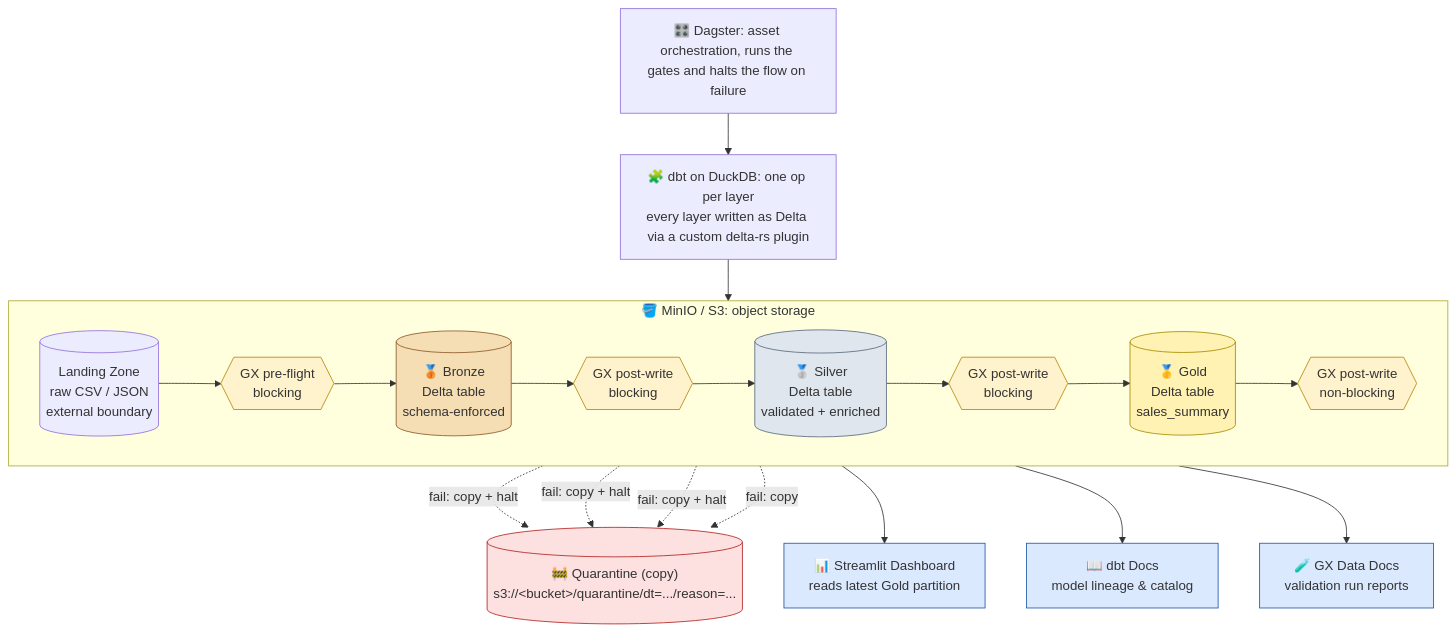
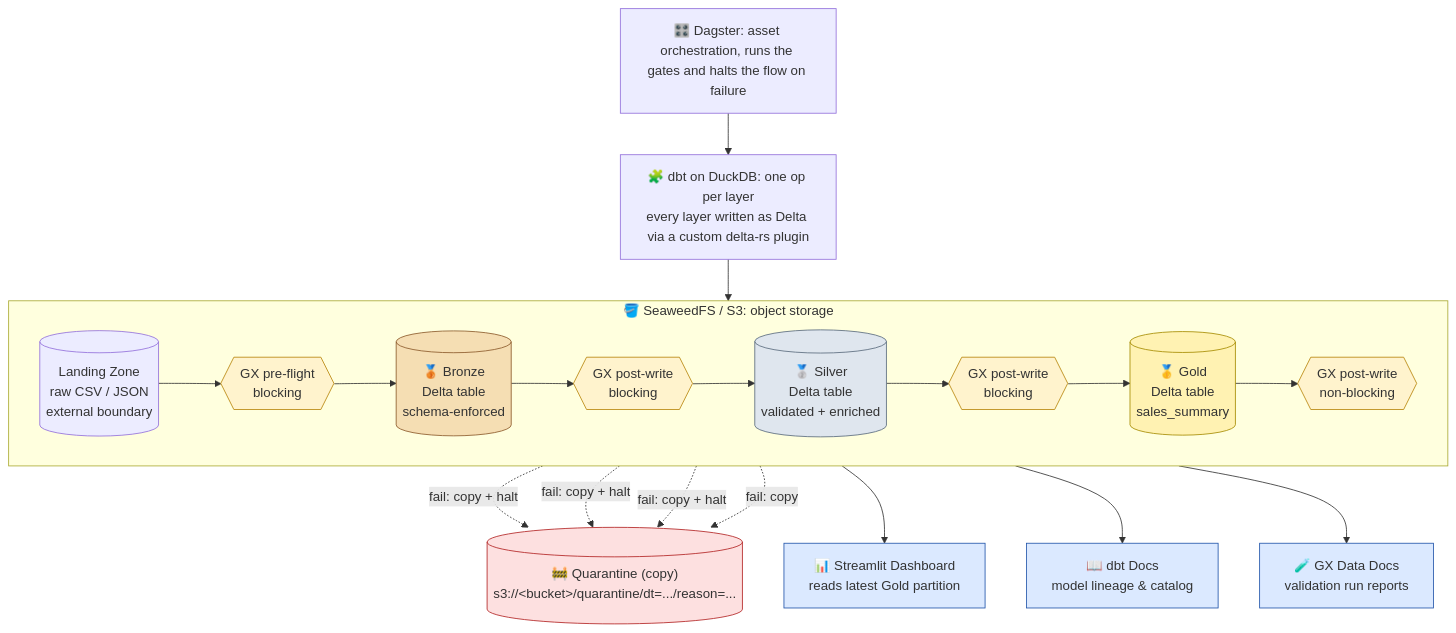
Before and after one commit to Anoterrr/PureFlow: the diagram in README.md, drawn with Mermaid. The commit also changed other lines of this file and 44 other files, not shown here.

````diff
--- a/README.md
+++ b/README.md
@@ -153,45 +154,45 @@
 ```mermaid
 flowchart TD
     DAGSTER["🎛️ Dagster: asset orchestration, runs the gates and halts the flow on failure"]
     DBT["🧩 dbt on DuckDB: one op per layer<br/>every layer written as Delta via a custom delta-rs plugin"]
 
     DAGSTER --> DBT --> LAND
 
-    subgraph S3["🪣 MinIO / S3: object storage"]
+    subgraph S3["🪣 SeaweedFS / S3: object storage"]
         direction LR
         LAND[("Landing Zone<br/>raw CSV / JSON<br/>external boundary")]
         GXPRE{{"GX pre-flight<br/>blocking"}}
         BRONZE[("🥉 Bronze<br/>Delta table<br/>schema-enforced")]
         GXB{{"GX post-write<br/>blocking"}}
         SILVER[("🥈 Silver<br/>Delta table<br/>validated + enriched")]
         GXS{{"GX post-write<br/>blocking"}}
         GOLD[("🥇 Gold<br/>Delta table<br/>sales_summary")]
         GXG{{"GX post-write<br/>non-blocking"}}
 
         LAND --> GXPRE --> BRONZE --> GXB --> SILVER --> GXS --> GOLD --> GXG
     end
 
     QUARANTINE[("🚧 Quarantine (copy)<br/>s3://&lt;bucket&gt;/quarantine/dt=.../reason=...")]
     GXPRE -. fail: copy + halt .-> QUARANTINE
     GXB -. fail: copy + halt .-> QUARANTINE
     GXS -. fail: copy + halt .-> QUARANTINE
     GXG -. fail: copy .-> QUARANTINE
 
     GOLD --> STREAMLIT["📊 Streamlit Dashboard<br/>reads latest Gold partition"]
     GOLD --> DBTDOCS["📖 dbt Docs<br/>model lineage & catalog"]
     GOLD --> GXDOCS["🧪 GX Data Docs<br/>validation run reports"]
 
     classDef gate fill:#fff3cd,stroke:#b8860b,color:#333;
     classDef bronze fill:#f5deb3,stroke:#8b5a2b,color:#333;
     classDef silver fill:#dfe6ee,stroke:#5a6b7d,color:#333;
     classDef gold fill:#fff2b2,stroke:#a68b00,color:#333;
     classDef quarantine fill:#fde0e0,stroke:#b22222,color:#333;
     classDef outputs fill:#dbe9ff,stroke:#2255aa,color:#333;
 
     class GXPRE,GXB,GXS,GXG gate;
     class BRONZE bronze;
     class SILVER silver;
     class GOLD gold;
     class QUARANTINE quarantine;
     class STREAMLIT,DBTDOCS,GXDOCS outputs;
 ```
````
